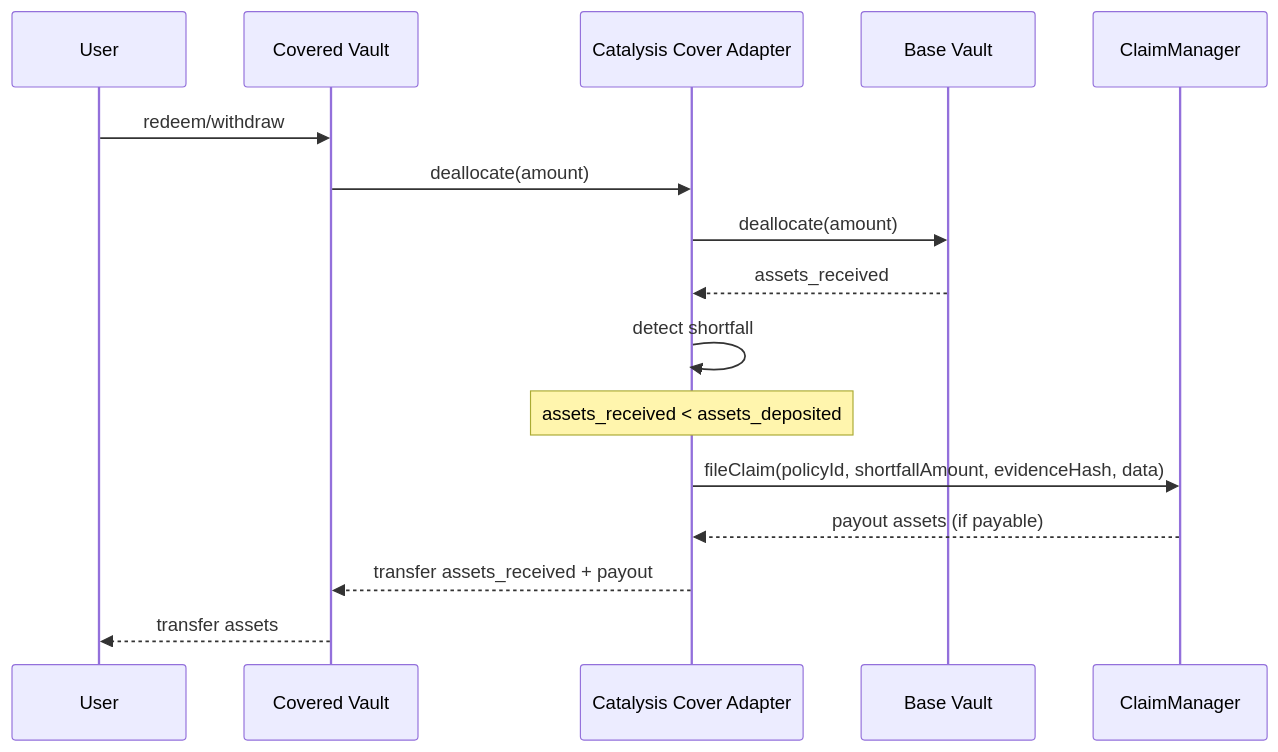
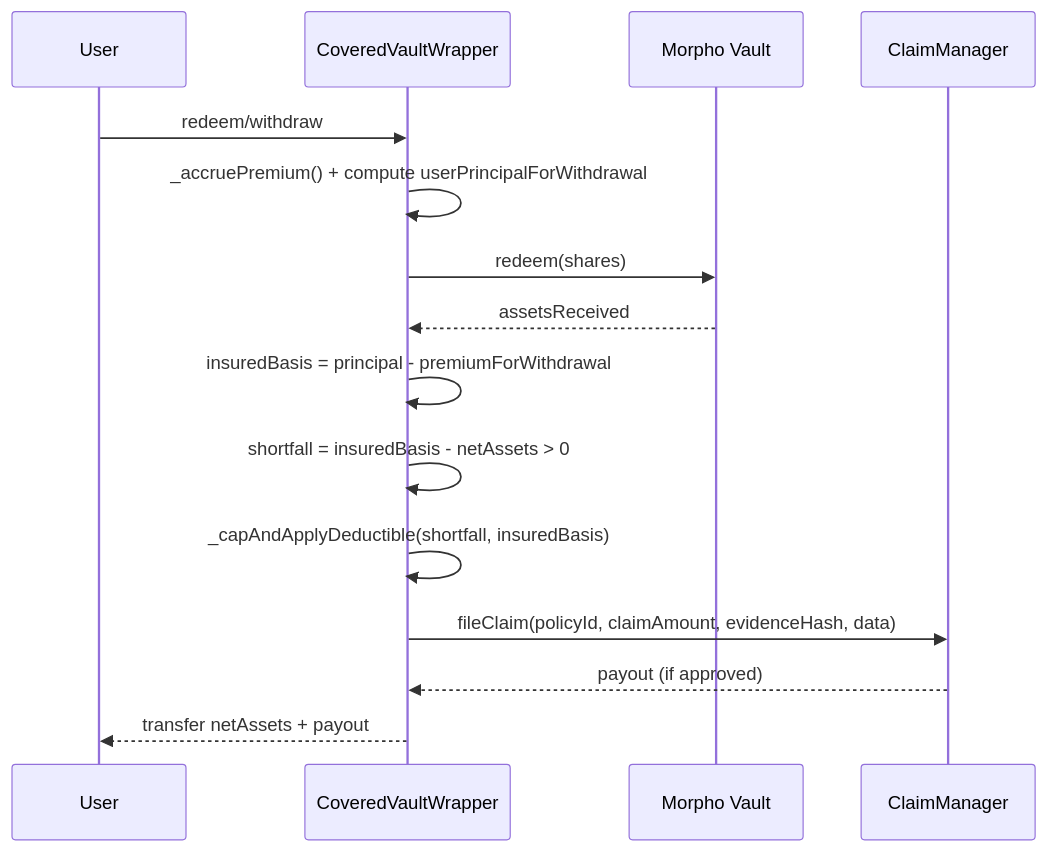
Before and after one commit to 0xcatalysis/coverage: the fifth of 5 diagrams in docs/architecture/06-premiums-claims.md, drawn with Mermaid. The commit also changed other lines of this file and 22 other files, not shown here.

First line of the commit message:
Align testing flows (#78)

````diff
--- a/docs/architecture/06-premiums-claims.md
+++ b/docs/architecture/06-premiums-claims.md
@@ -168,19 +171,18 @@
 ```mermaid
 sequenceDiagram
     participant User
-    participant CV as Covered Vault
-    participant ADP as Catalysis Cover Adapter
-    participant BV as Base Vault
+    participant CVW as CoveredVaultWrapper
+    participant MV as Morpho Vault
     participant CM as ClaimManager
 
-    User->>CV: redeem/withdraw
-    CV->>ADP: deallocate(amount)
-    ADP->>BV: deallocate(amount)
-    BV-->>ADP: assets_received
-    ADP->>ADP: detect shortfall
-    Note over ADP: assets_received < assets_deposited
-    ADP->>CM: fileClaim(policyId, shortfallAmount, evidenceHash, data)
-    CM-->>ADP: payout assets (if payable)
-    ADP-->>CV: transfer assets_received + payout
-    CV-->>User: transfer assets
+    User->>CVW: redeem/withdraw
+    CVW->>CVW: _accruePremium() + compute userPrincipalForWithdrawal
+    CVW->>MV: redeem(shares)
+    MV-->>CVW: assetsReceived
+    CVW->>CVW: insuredBasis = principal - premiumForWithdrawal
+    CVW->>CVW: shortfall = insuredBasis - netAssets > 0
+    CVW->>CVW: _capAndApplyDeductible(shortfall, insuredBasis)
+    CVW->>CM: fileClaim(policyId, claimAmount, evidenceHash, data)
+    CM-->>CVW: payout (if approved)
+    CVW-->>User: transfer netAssets + payout
 ```
````
